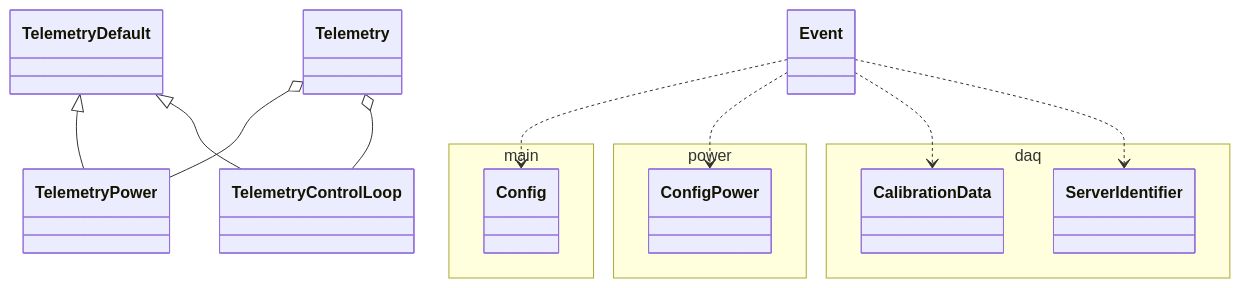
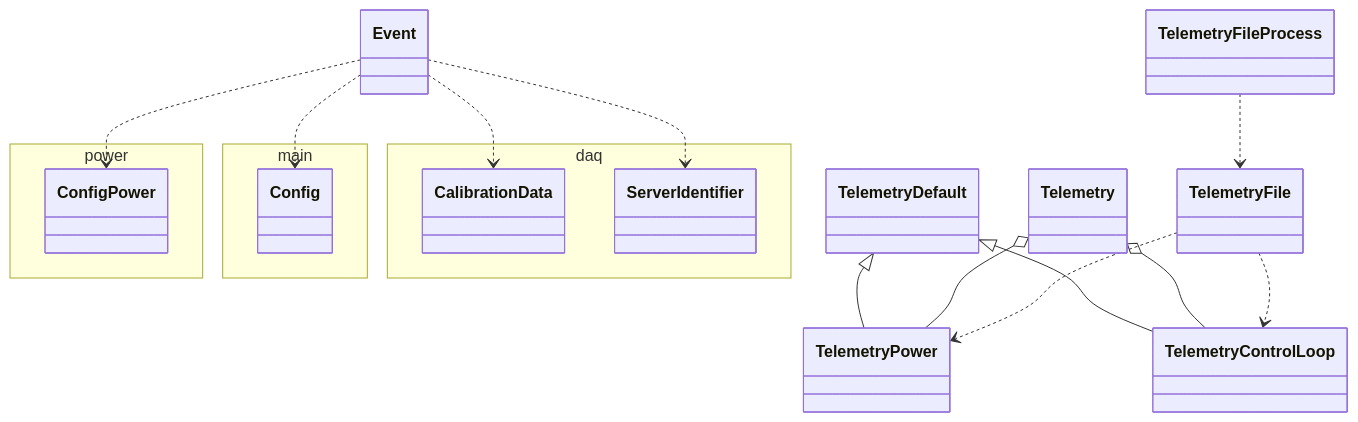
Before and after one commit to lsst-ts/ts_mtm2_controller: the sixth of 8 diagrams in doc/class_diagram.md, drawn with Mermaid. The commit also changed other lines of this file and 1 other file, not shown here.

Commit message:
Update the class_diagram.md and communication_diagram.md.

````diff
--- a/doc/class_diagram.md
+++ b/doc/class_diagram.md
@@ -285,27 +294,32 @@
 ```mermaid
 classDiagram
 
 namespace power {
   class ConfigPower
 }
 
 namespace main {
   class Config
 }
 
 namespace daq {
   class CalibrationData
   class ServerIdentifier
 }
 
 Event ..> Config
 Event ..> ConfigPower
 Event ..> CalibrationData
 Event ..> ServerIdentifier
 
 TelemetryDefault <|-- TelemetryPower
 TelemetryDefault <|-- TelemetryControlLoop
 
 Telemetry o-- TelemetryPower
 Telemetry o-- TelemetryControlLoop
+
+TelemetryFile ..> TelemetryPower
+TelemetryFile ..> TelemetryControlLoop
+
+TelemetryFileProcess ..> TelemetryFile
 ```
````
